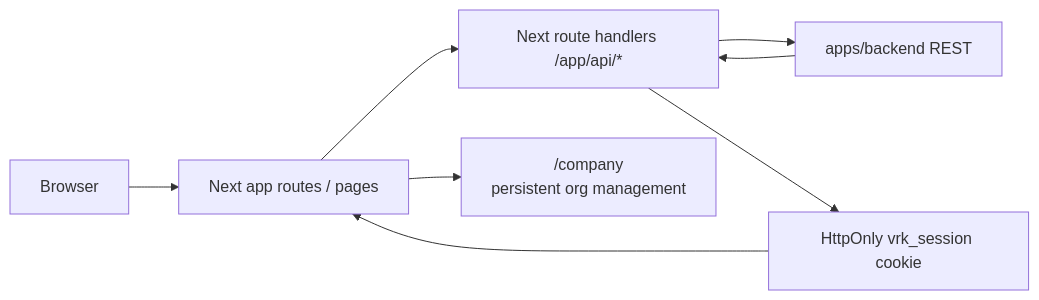
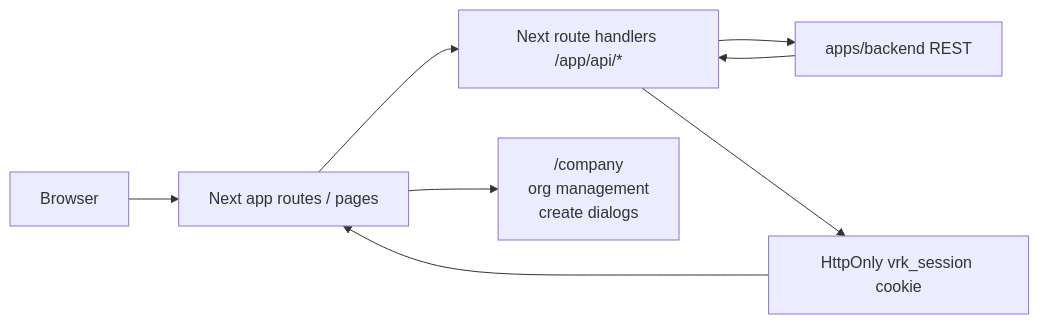
Before and after one commit to vrk-app/vrk: the second of 9 diagrams in docs/architecture/frontend-architecture.md, drawn with Mermaid. The commit also changed other lines of this file and 22 other files, not shown here.

````diff
--- a/docs/architecture/frontend-architecture.md
+++ b/docs/architecture/frontend-architecture.md
@@ -104,10 +104,10 @@
 ```mermaid
 flowchart LR
     A["Browser"] --> B["Next app routes / pages"]
     B --> C["Next route handlers /app/api/*"]
     C --> D["apps/backend REST"]
     D --> C
     C --> E["HttpOnly vrk_session cookie"]
     E --> B
-    B --> F["/company<br/>persistent org management"]
+    B --> F["/company<br/>org management<br/>create dialogs"]
 ```
````
